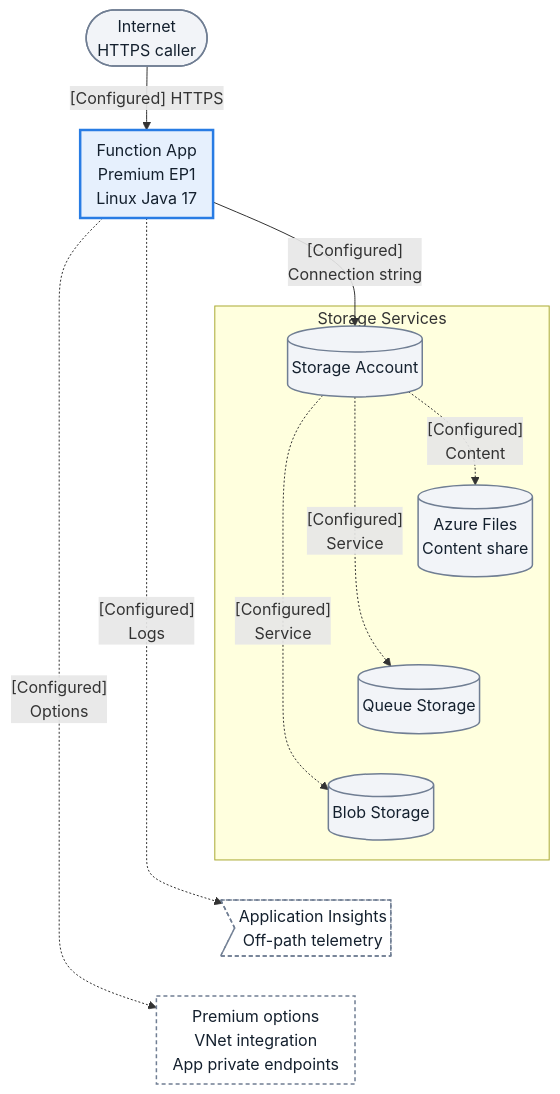
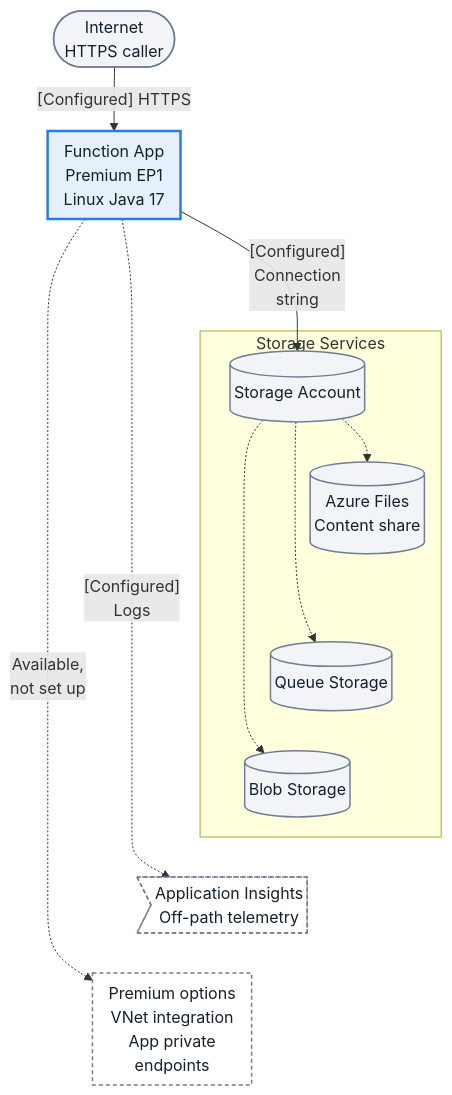
The first of 2 diagrams in docs/language-guides/java/tutorial/premium/02-first-deploy.md (yeongseon/azure-functions-practical-guide), drawn with Mermaid before and after one commit. The commit also changed other lines of this file and 4 other files, not shown here.

Commit message:
docs(diagrams): make Java Premium first-deploy topology legible on mobile (#574)

````diff
--- a/docs/language-guides/java/tutorial/premium/02-first-deploy.md
+++ b/docs/language-guides/java/tutorial/premium/02-first-deploy.md
@@ -78,35 +77,35 @@
 ```mermaid
 %%{init: {"flowchart": {"nodeSpacing": 10, "rankSpacing": 40, "padding": 8}}}%%
 flowchart TD
     accTitle: Java Linux Premium public deployment topology
     accDescr: Internet HTTPS requests reach the Linux Java 17 Premium EP1 app, with tutorial connection-string Storage access and off-path Application Insights. The Storage group includes its default Files content share, Queue and Blob. VNet integration and app private endpoints are capabilities, not resources configured here.
     client(["Internet<br/>HTTPS caller"])
     app_runtime["Function App<br/>Premium EP1<br/>Linux Java 17"]
     telemetry>"Application Insights<br/>Off-path telemetry"]
-    capabilities["Premium options<br/>VNet integration<br/>App private endpoints"]
+    capabilities["Premium options<br/>VNet integration<br/>App private<br/>endpoints"]
     subgraph STORAGE["Storage Services"]
         storage_db[("Storage Account")]
         storage_files[("Azure Files<br/>Content share")]
         storage_queue[("Queue Storage")]
         storage_blob[("Blob Storage")]
-        storage_db -.->|"[Configured]<br/>Content"| storage_files
-        storage_db -.->|"[Configured]<br/>Service"| storage_queue
-        storage_db -.->|"[Configured]<br/>Service"| storage_blob
+        storage_db -.-> storage_files
+        storage_db -.-> storage_queue
+        storage_db -.-> storage_blob
         %% Layout only; services do not forward data to each other.
         storage_files ~~~ storage_queue
         storage_queue ~~~ storage_blob
     end
     client -->|"[Configured] HTTPS"| app_runtime
-    app_runtime -->|"[Configured]<br/>Connection string"| storage_db
+    app_runtime -->|"[Configured]<br/>Connection<br/>string"| storage_db
     app_runtime -.->|"[Configured]<br/>Logs"| telemetry
-    app_runtime -.->|"[Configured]<br/>Options"| capabilities
+    app_runtime -.->|"Available,<br/>not set up"| capabilities
     %% Layout-only tiers; no requests or deployment steps added.
     storage_blob ~~~ telemetry
     telemetry ~~~ capabilities
     classDef baseNeutral fill:#f2f4f8,stroke:#707e93,stroke-width:1.5px,color:#14202e
     classDef focusActive fill:#e6f0fd,stroke:#287ce4,stroke-width:2.5px,color:#14202e
     classDef bandMuted fill:#ffffff,stroke:#707e93,stroke-width:1.5px,stroke-dasharray:4 3,color:#14202e
     class client,storage_db,storage_files,storage_queue,storage_blob baseNeutral
     class app_runtime focusActive
     class telemetry,capabilities bandMuted
 ```
````
